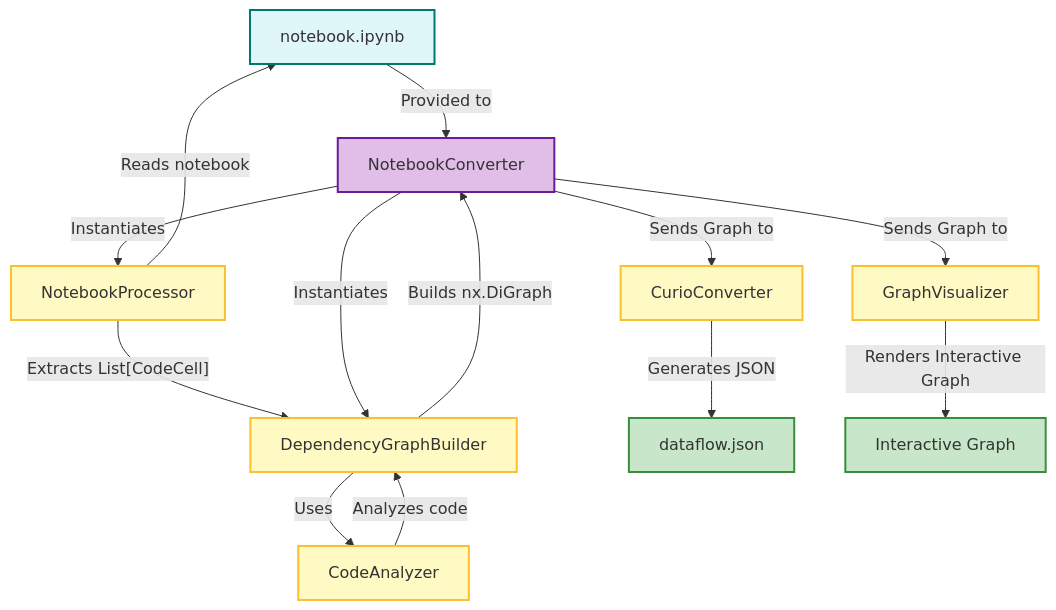
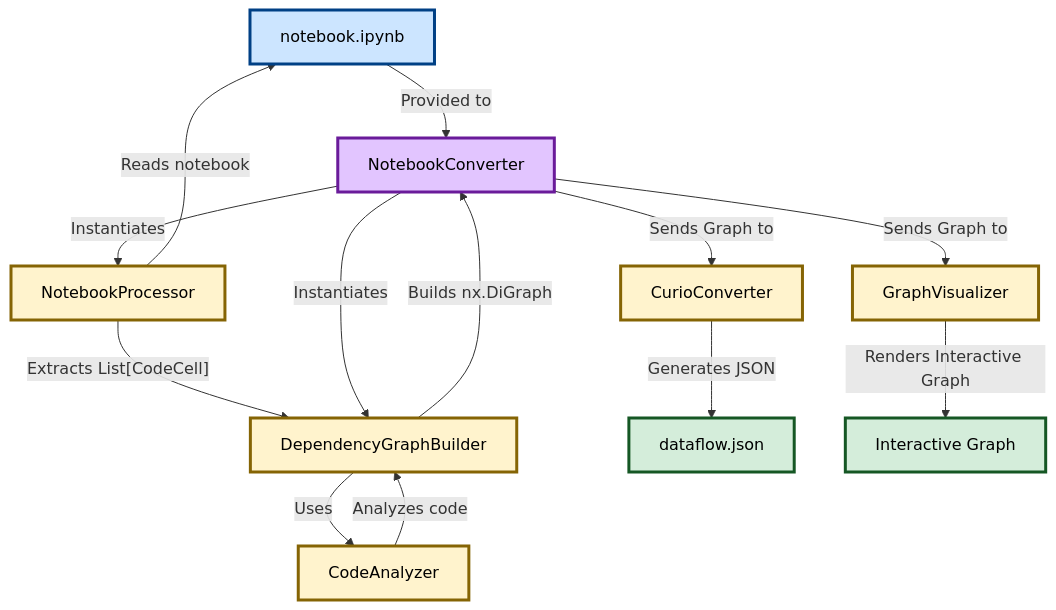
One commit to aakashkolli/nb2curio changed the diagram in README.md. Above: the diagram before and after it, drawn with Mermaid. The commit also changed other lines of this file, not shown here.

````diff
--- a/README.md
+++ b/README.md
@@ -3,41 +1,41 @@
 ```mermaid
 graph TD
     %% User Input
     A[notebook.ipynb]:::input
 
     %% Processing Pipeline
     NC[NotebookConverter]:::main
     NP[NotebookProcessor]:::process
     CA[CodeAnalyzer]:::process
     DGB[DependencyGraphBuilder]:::process
     CC[CurioConverter]:::process
     GV[GraphVisualizer]:::process
 
     %% Outputs
     O1[dataflow.json]:::output
     O2[Interactive Graph]:::output
 
     %% Flow
     A -- "Provided to" --> NC
 
     NC -- "Instantiates" --> NP
     NP -- "Reads notebook" --> A
     NP -- "Extracts List[CodeCell]" --> DGB
 
     NC -- "Instantiates" --> DGB
     DGB -- "Uses" --> CA
     CA -- "Analyzes code" --> DGB
     DGB -- "Builds nx.DiGraph" --> NC
 
     NC -- "Sends Graph to" --> CC
     NC -- "Sends Graph to" --> GV
 
     CC -- "Generates JSON" --> O1
     GV -- "Renders Interactive Graph" --> O2
 
     %% Styling
-    classDef input fill:#e0f7fa,stroke:#00796b,stroke-width:2px
-    classDef main fill:#e1bee7,stroke:#6a1b9a,stroke-width:2px
-    classDef process fill:#fff9c4,stroke:#fbc02d,stroke-width:2px
-    classDef output fill:#c8e6c9,stroke:#388e3c,stroke-width:2px
+    classDef input fill:#cce5ff,stroke:#004085,color:#000,stroke-width:3px
+    classDef main fill:#e2c5ff,stroke:#6a1b9a,color:#000,stroke-width:3px
+    classDef process fill:#fff3cd,stroke:#856404,color:#000,stroke-width:3px
+    classDef output fill:#d4edda,stroke:#155724,color:#000,stroke-width:3px
 ```
````
